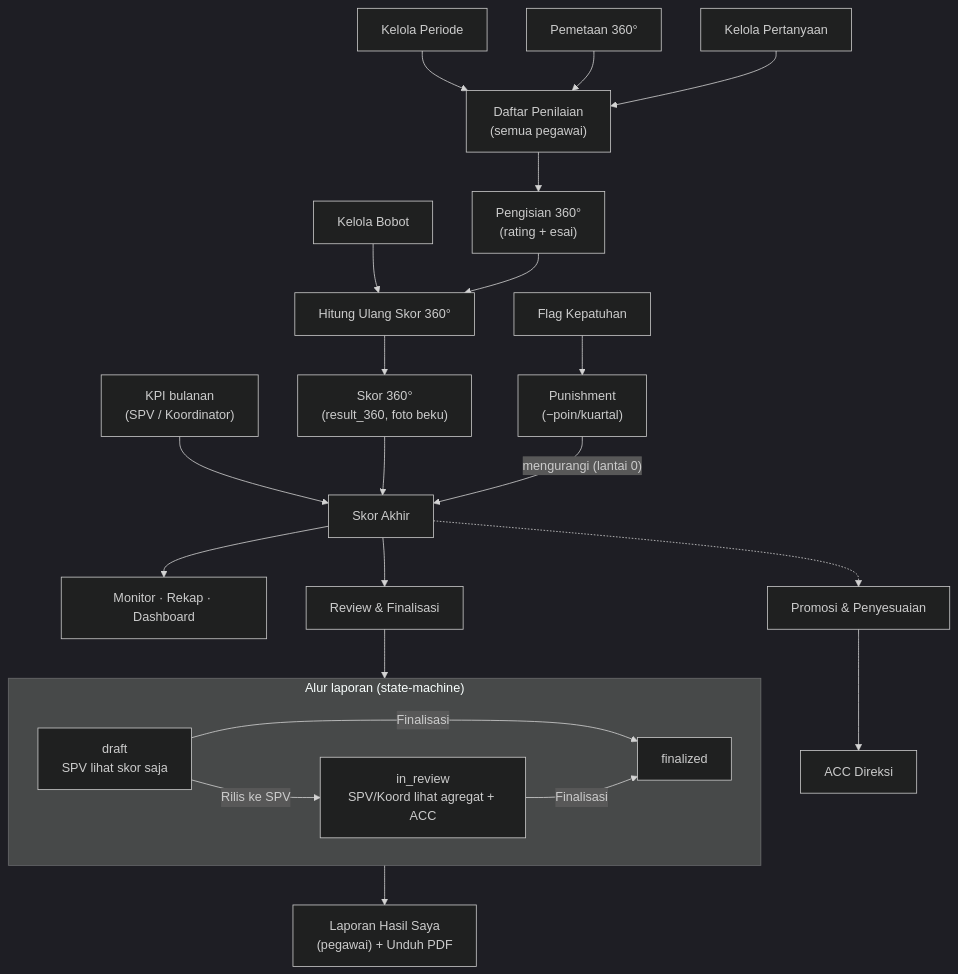
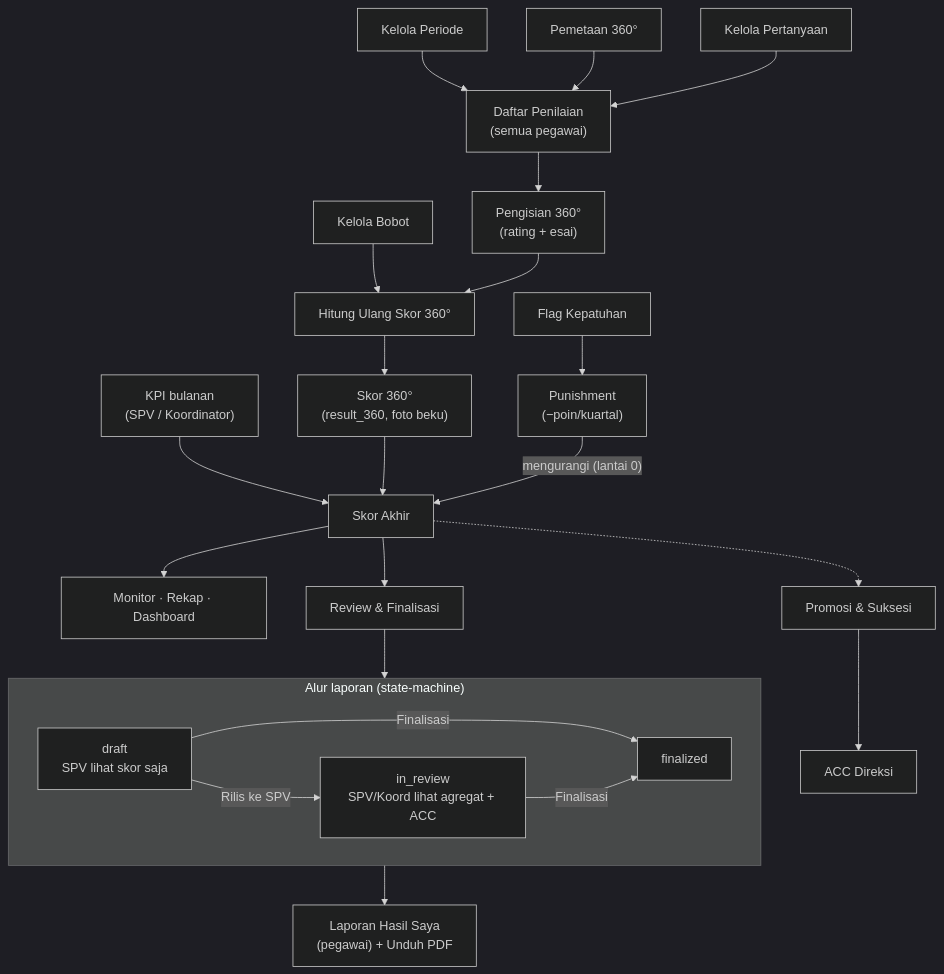
One commit to infarmcorp/infarm-360 changed the sixth of 6 diagrams in docs/panduan/CARA-PENGGUNAAN.md. Above: the diagram before and after it, drawn with Mermaid (dark theme). The commit also changed other lines of this file and 23 other files, not shown here.

````diff
--- a/docs/panduan/CARA-PENGGUNAAN.md
+++ b/docs/panduan/CARA-PENGGUNAAN.md
@@ -1225,31 +1397,31 @@
 ```mermaid
 flowchart TD
     PERIODE["Kelola Periode"] --> DAFTAR["Daftar Penilaian<br/>(semua pegawai)"]
     PEMETAAN["Pemetaan 360°"] --> DAFTAR
     PERTANYAAN["Kelola Pertanyaan"] --> DAFTAR
     DAFTAR --> ISI["Pengisian 360°<br/>(rating + esai)"]
 
     BOBOT["Kelola Bobot"] --> HITUNG["Hitung Ulang Skor 360°"]
     ISI --> HITUNG
     HITUNG --> S360["Skor 360°<br/>(result_360, foto beku)"]
 
     KPI["KPI bulanan<br/>(SPV / Koordinator)"] --> AKHIR["Skor Akhir"]
     S360 --> AKHIR
     KEPATUHAN["Flag Kepatuhan"] --> PUNISH["Punishment<br/>(−poin/kuartal)"]
     PUNISH -- "mengurangi (lantai 0)" --> AKHIR
 
     AKHIR --> ANALITIK["Monitor · Rekap · Dashboard"]
     AKHIR --> REVIEW["Review & Finalisasi"]
 
     subgraph SM["Alur laporan (state-machine)"]
         direction LR
         DR["draft<br/>SPV lihat skor saja"] -->|"Rilis ke SPV"| IR["in_review<br/>SPV/Koord lihat agregat + ACC"]
         DR -->|"Finalisasi"| FIN["finalized"]
         IR -->|"Finalisasi"| FIN
     end
     REVIEW --> DR
     FIN --> LAPOR["Laporan Hasil Saya<br/>(pegawai) + Unduh PDF"]
 
-    AKHIR -.-> SUKSESI["Promosi & Penyesuaian"]
+    AKHIR -.-> SUKSESI["Promosi & Suksesi"]
     SUKSESI --> ACC["ACC Direksi"]
 ```
````
